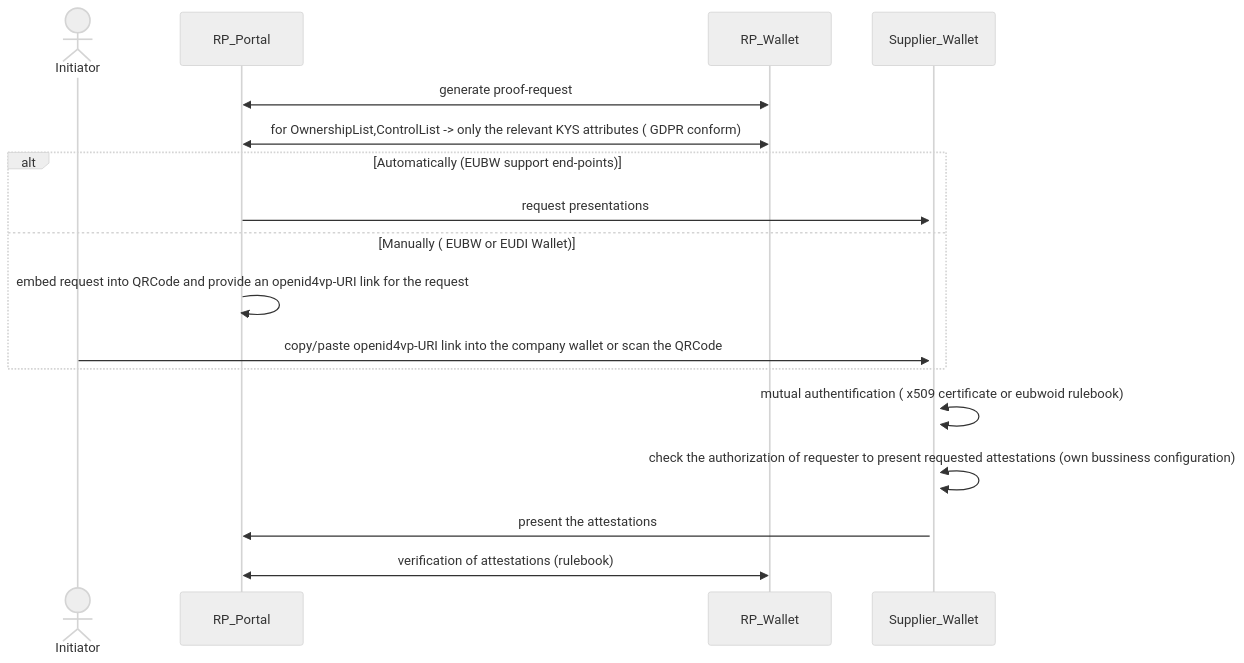
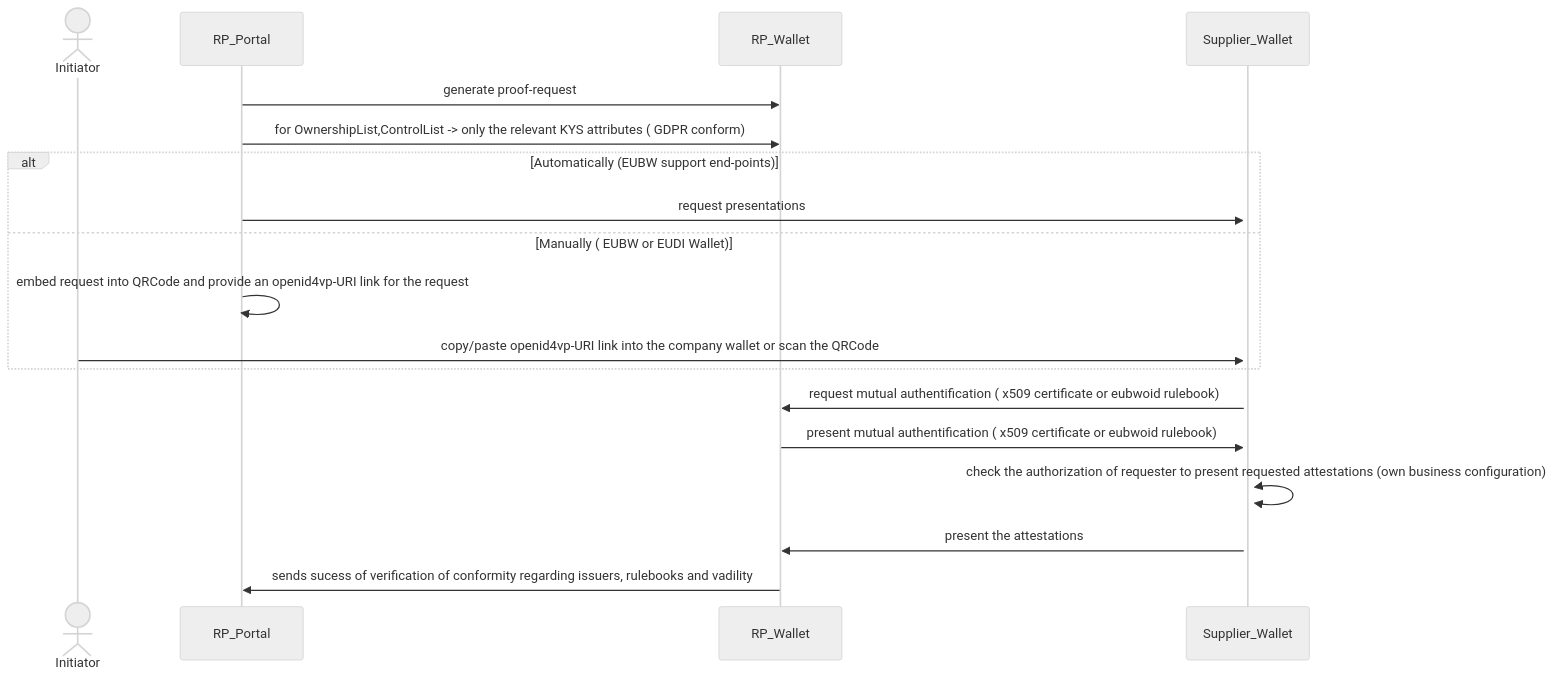
One commit to DominicHurni/wp3-technology-standards changed the fifth of 9 diagrams in BU1/BU1_KYS.md. Above: the diagram before and after it, drawn with Mermaid (neutral theme). The commit also changed other lines of this file, not shown here.

First line of the commit message:
Update BU1_KYS.md

````diff
--- a/BU1/BU1_KYS.md
+++ b/BU1/BU1_KYS.md
@@ -105,16 +108,17 @@
 ```mermaid
 sequenceDiagram
     actor Initiator
-    RP_Portal<<->>RP_Wallet: generate proof-request
-    RP_Portal<<->>RP_Wallet: for OwnershipList,ControlList -> only the relevant KYS attributes ( GDPR conform)  
+    RP_Portal->>RP_Wallet: generate proof-request
+    RP_Portal->>RP_Wallet: for OwnershipList,ControlList -> only the relevant KYS attributes ( GDPR conform)  
     alt Automatically (EUBW support end-points)
         RP_Portal->>+Supplier_Wallet: request presentations
     else Manually ( EUBW or EUDI Wallet)
         RP_Portal->>RP_Portal: embed request into QRCode and provide an openid4vp-URI link for the request
         Initiator->>+Supplier_Wallet: copy/paste openid4vp-URI link into the company wallet or scan the QRCode
     end                 
-    Supplier_Wallet<<->>Supplier_Wallet: mutual authentification ( x509 certificate or eubwoid rulebook)
-    Supplier_Wallet<<->>Supplier_Wallet: check the authorization of requester to present requested attestations (own bussiness configuration)
-    Supplier_Wallet->>RP_Portal: present the attestations
-    RP_Portal<<->>RP_Wallet: verification of attestations (rulebook)
+    Supplier_Wallet->>RP_Wallet: request mutual authentification ( x509 certificate or eubwoid rulebook)
+    RP_Wallet->>Supplier_Wallet: present mutual authentification ( x509 certificate or eubwoid rulebook)
+    Supplier_Wallet<<->>Supplier_Wallet: check the authorization of requester to present requested attestations (own business configuration)
+    Supplier_Wallet->>RP_Wallet: present the attestations
+    RP_Wallet->>RP_Portal: sends sucess of verification of conformity regarding issuers, rulebooks and vadility 
 ```
````
